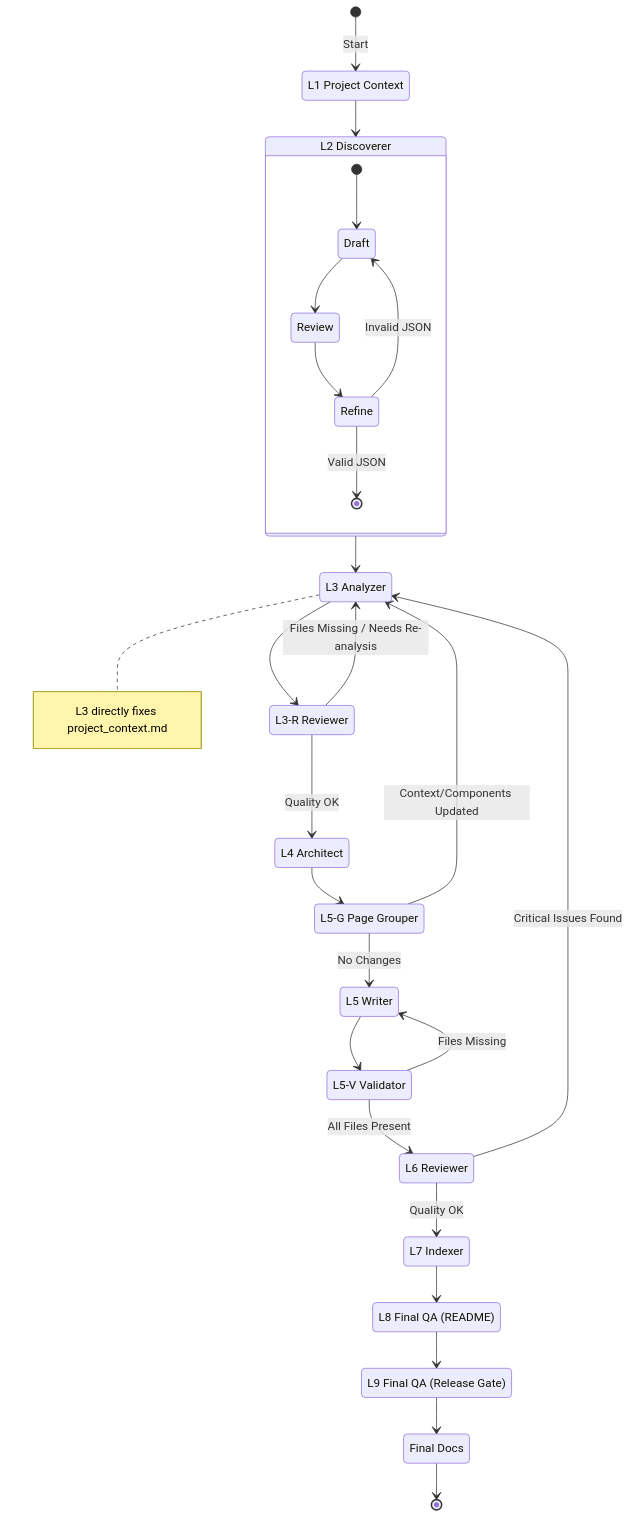
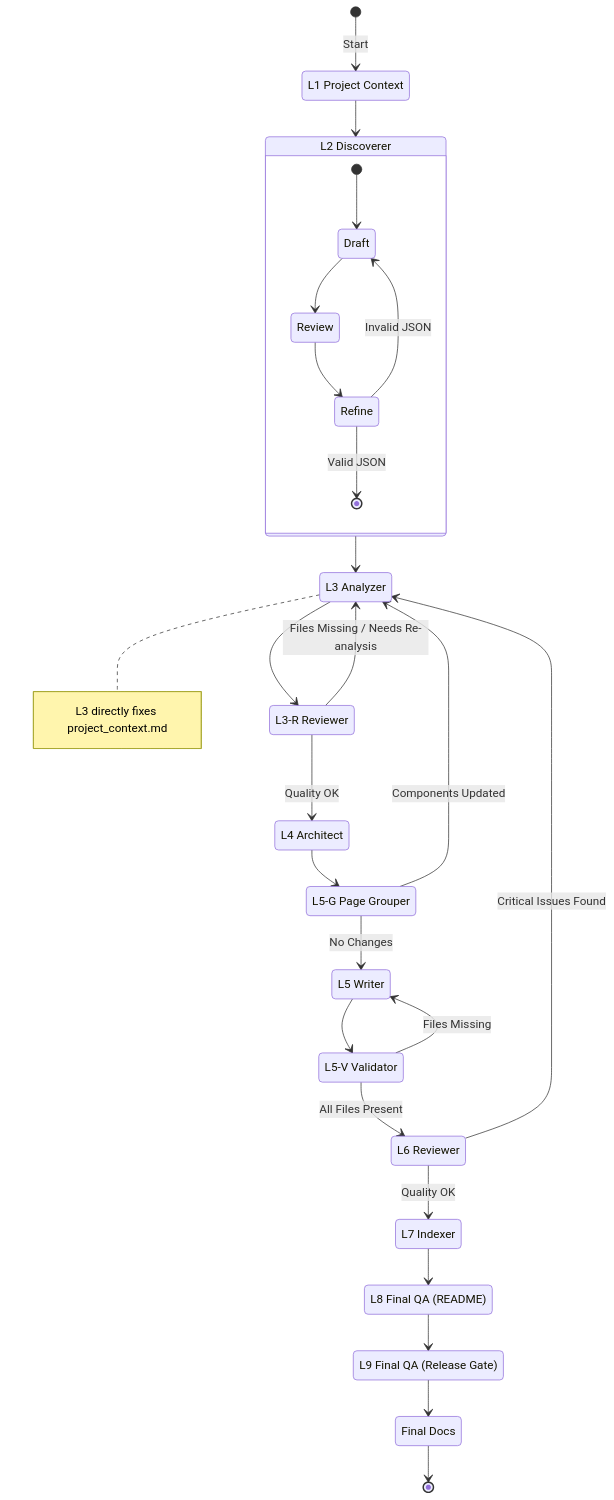
One commit to ifapmzadu6/vscode-copilot-deepwiki-extention changed the diagram in README.md. Above: the diagram before and after it, drawn with Mermaid. The commit also changed other lines of this file and 4 other files, not shown here.

````diff
--- a/README.md
+++ b/README.md
@@ -23,50 +23,50 @@
 ```mermaid
 stateDiagram-v2
     [*] --> L1: Start
 
     L1: L1 Project Context
     L2: L2 Discoverer
     L3: L3 Analyzer
     L3R: L3-R Reviewer
     L4: L4 Architect
     L5G: L5-G Page Grouper
     L5: L5 Writer
     L5V: L5-V Validator
     L6: L6 Reviewer
     L7: L7 Indexer
     L8: L8 Final QA (README)
     L9: L9 Final QA (Release Gate)
     Done: Final Docs
 
     L1 --> L2
 
     state L2 {
         [*] --> Draft
         Draft --> Review
         Review --> Refine
         Refine --> [*]: Valid JSON
         Refine --> Draft: Invalid JSON
     }
 
     L2 --> L3
 
     note right of L3 : L3 directly fixes project_context.md
     L3 --> L3R
     L3R --> L3: Files Missing / Needs Re-analysis
     L3R --> L4: Quality OK
 
     L4 --> L5G
-    L5G --> L3: Context/Components Updated
+    L5G --> L3: Components Updated
     L5G --> L5: No Changes
     L5 --> L5V
     L5V --> L5: Files Missing
     L5V --> L6: All Files Present
 
     L6 --> L3: Critical Issues Found
     L6 --> L7: Quality OK
 
     L7 --> L8
     L8 --> L9
     L9 --> Done
     Done --> [*]
 ```
````
